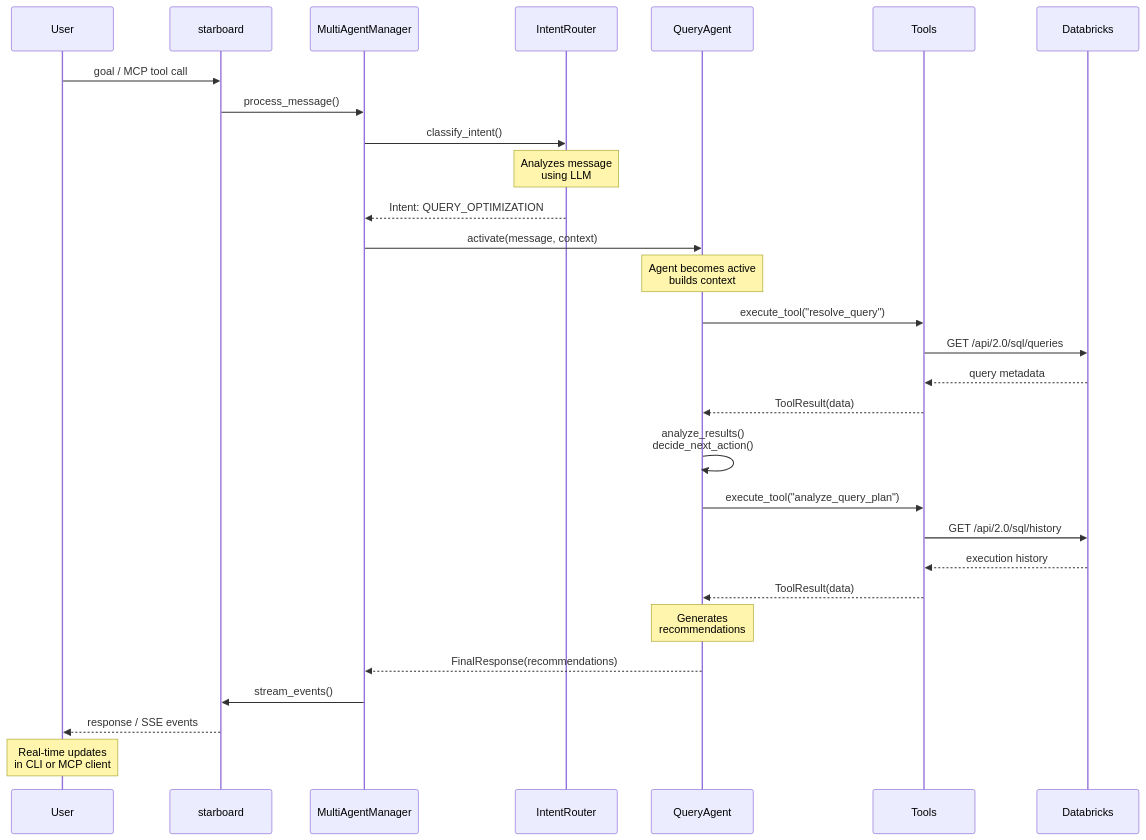
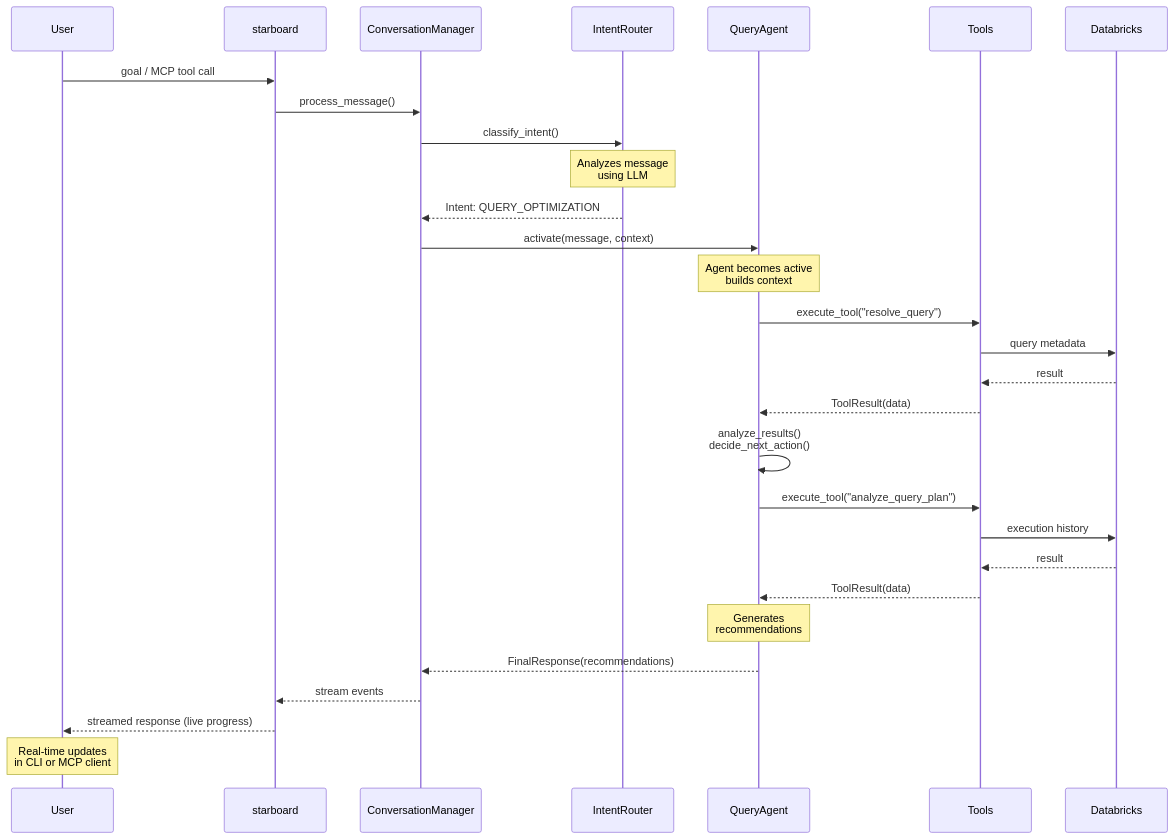
One commit to bluewatersql/starboard changed the second of 2 diagrams in docs/index.md. Above: the diagram before and after it, drawn with Mermaid. The commit also changed other lines of this file and 81 other files, not shown here.

````diff
--- a/docs/index.md
+++ b/docs/index.md
@@ -102,43 +107,43 @@
 ```mermaid
 %%{init: {'theme':'default', 'themeVariables': {'fontSize':'16px'}}}%%
 
 sequenceDiagram
     participant U as User
     participant API as starboard
-    participant MM as MultiAgentManager
+    participant MM as ConversationManager
     participant IR as IntentRouter
     participant QA as QueryAgent
     participant T as Tools
     participant DB as Databricks
 
     U->>API: goal / MCP tool call
     API->>MM: process_message()
     MM->>IR: classify_intent()
 
     Note over IR: Analyzes message<br/>using LLM
 
     IR-->>MM: Intent: QUERY_OPTIMIZATION
     MM->>QA: activate(message, context)
 
     Note over QA: Agent becomes active<br/>builds context
 
     QA->>T: execute_tool("resolve_query")
-    T->>DB: GET /api/2.0/sql/queries
-    DB-->>T: query metadata
+    T->>DB: query metadata
+    DB-->>T: result
     T-->>QA: ToolResult(data)
 
     QA->>QA: analyze_results()<br/>decide_next_action()
 
     QA->>T: execute_tool("analyze_query_plan")
-    T->>DB: GET /api/2.0/sql/history
-    DB-->>T: execution history
+    T->>DB: execution history
+    DB-->>T: result
     T-->>QA: ToolResult(data)
 
     Note over QA: Generates<br/>recommendations
 
     QA-->>MM: FinalResponse(recommendations)
-    MM->>API: stream_events()
-    API-->>U: response / SSE events
+    MM-->>API: stream events
+    API-->>U: streamed response (live progress)
 
     Note over U: Real-time updates<br/>in CLI or MCP client
 ```
````
